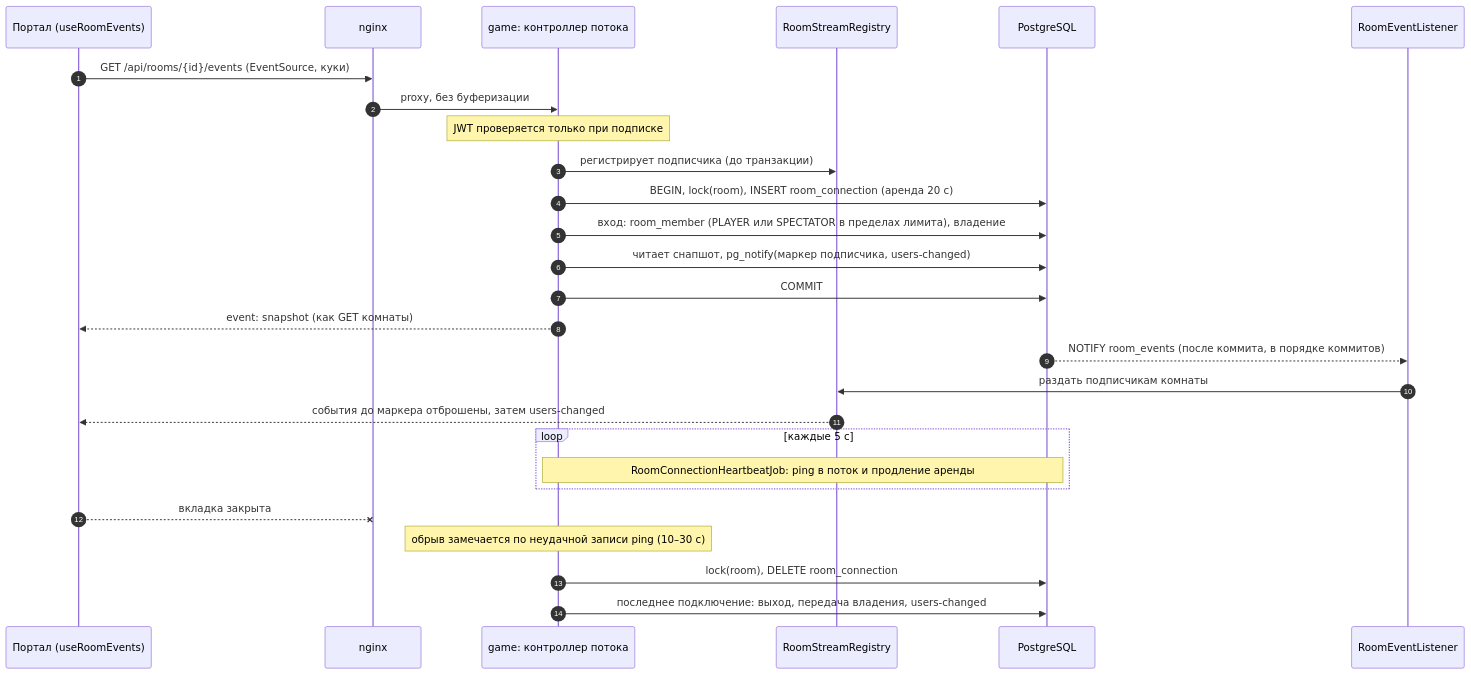
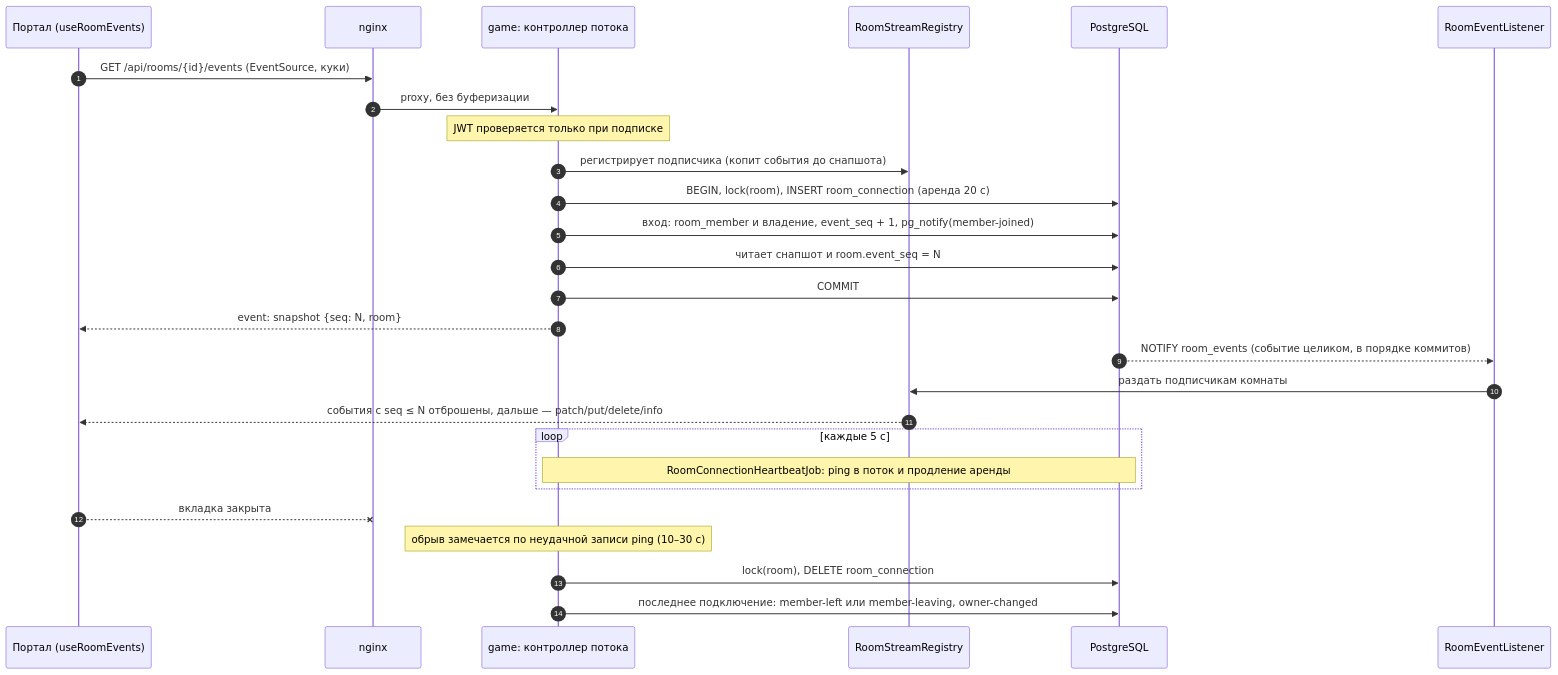
Before and after one commit to qwe3qwe3lott/qgames-workspace: the diagram in adr/c4/dynamic/room-stream.md, drawn with Mermaid. The commit also changed other lines of this file and 15 other files, not shown here.

````diff
--- a/adr/c4/dynamic/room-stream.md
+++ b/adr/c4/dynamic/room-stream.md
@@ -5,30 +5,30 @@
 ```mermaid
 sequenceDiagram
   autonumber
   participant SPA as Портал (useRoomEvents)
   participant N as nginx
   participant C as game: контроллер потока
   participant R as RoomStreamRegistry
   participant DB as PostgreSQL
   participant L as RoomEventListener
 
   SPA->>N: GET /api/rooms/{id}/events (EventSource, куки)
   N->>C: proxy, без буферизации
   Note over C: JWT проверяется только при подписке
-  C->>R: регистрирует подписчика (до транзакции)
+  C->>R: регистрирует подписчика (копит события до снапшота)
   C->>DB: BEGIN, lock(room), INSERT room_connection (аренда 20 с)
-  C->>DB: вход: room_member (PLAYER или SPECTATOR в пределах лимита), владение
-  C->>DB: читает снапшот, pg_notify(маркер подписчика, users-changed)
+  C->>DB: вход: room_member и владение, event_seq + 1, pg_notify(member-joined)
+  C->>DB: читает снапшот и room.event_seq = N
   C->>DB: COMMIT
-  C-->>SPA: event: snapshot (как GET комнаты)
-  DB-->>L: NOTIFY room_events (после коммита, в порядке коммитов)
+  C-->>SPA: event: snapshot {seq: N, room}
+  DB-->>L: NOTIFY room_events (событие целиком, в порядке коммитов)
   L->>R: раздать подписчикам комнаты
-  R-->>SPA: события до маркера отброшены, затем users-changed
+  R-->>SPA: события с seq ≤ N отброшены, дальше — patch/put/delete/info
   loop каждые 5 с
     Note over C,DB: RoomConnectionHeartbeatJob: ping в поток и продление аренды
   end
   SPA--xN: вкладка закрыта
   Note over C: обрыв замечается по неудачной записи ping (10–30 с)
   C->>DB: lock(room), DELETE room_connection
-  C->>DB: последнее подключение: выход, передача владения, users-changed
+  C->>DB: последнее подключение: member-left или member-leaving, owner-changed
 ```
````
